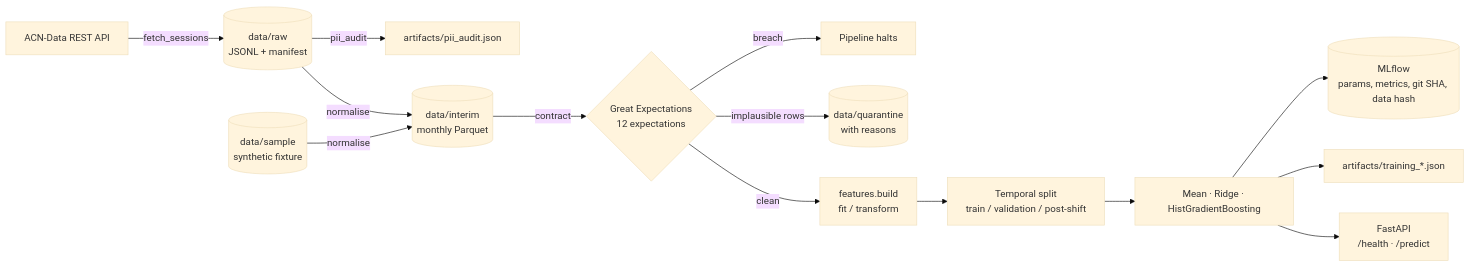
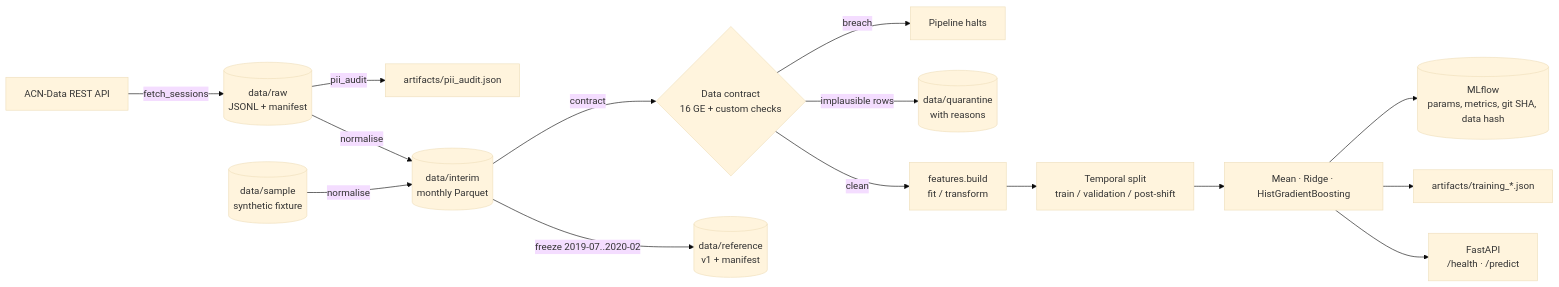
One commit to deva-prakash-j/ev-charge-mlops changed the first of 2 diagrams in docs/architecture.md. Above: the diagram before and after it, drawn with Mermaid (base theme). The commit also changed other lines of this file and 21 other files, not shown here.

````diff
--- a/docs/architecture.md
+++ b/docs/architecture.md
@@ -5,16 +5,17 @@
 ```mermaid
 flowchart LR
   A[ACN-Data REST API] -->|fetch_sessions| B[(data/raw<br/>JSONL + manifest)]
   B -->|pii_audit| E[artifacts/pii_audit.json]
   B -->|normalise| C[(data/interim<br/>monthly Parquet)]
   S[(data/sample<br/>synthetic fixture)] -->|normalise| C
-  C -->|contract| D{Great Expectations<br/>12 expectations}
+  C -->|contract| D{Data contract<br/>16 GE + custom checks}
   D -->|breach| X[Pipeline halts]
   D -->|implausible rows| Q[(data/quarantine<br/>with reasons)]
   D -->|clean| F[features.build<br/>fit / transform]
   F --> G[Temporal split<br/>train / validation / post-shift]
   G --> H[Mean · Ridge · HistGradientBoosting]
   H --> I[(MLflow<br/>params, metrics, git SHA, data hash)]
   H --> J[artifacts/training_*.json]
+  C -->|freeze 2019-07..2020-02| R[(data/reference<br/>v1 + manifest)]
   H --> K[FastAPI<br/>/health · /predict]
 ```
````
